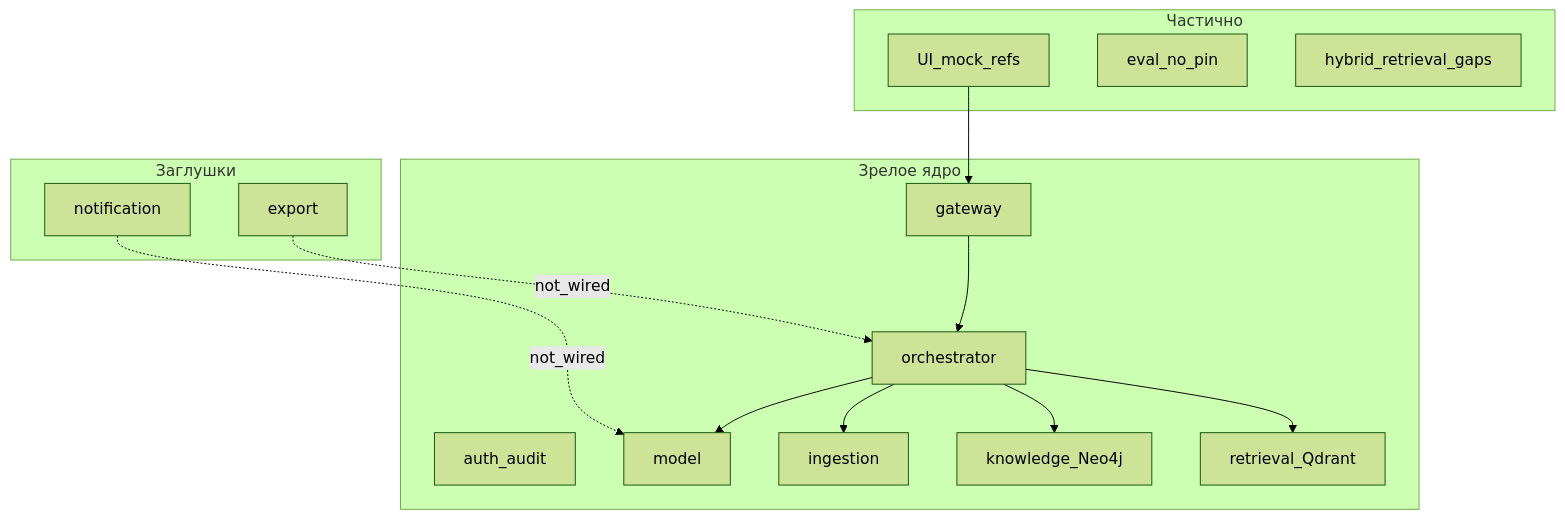
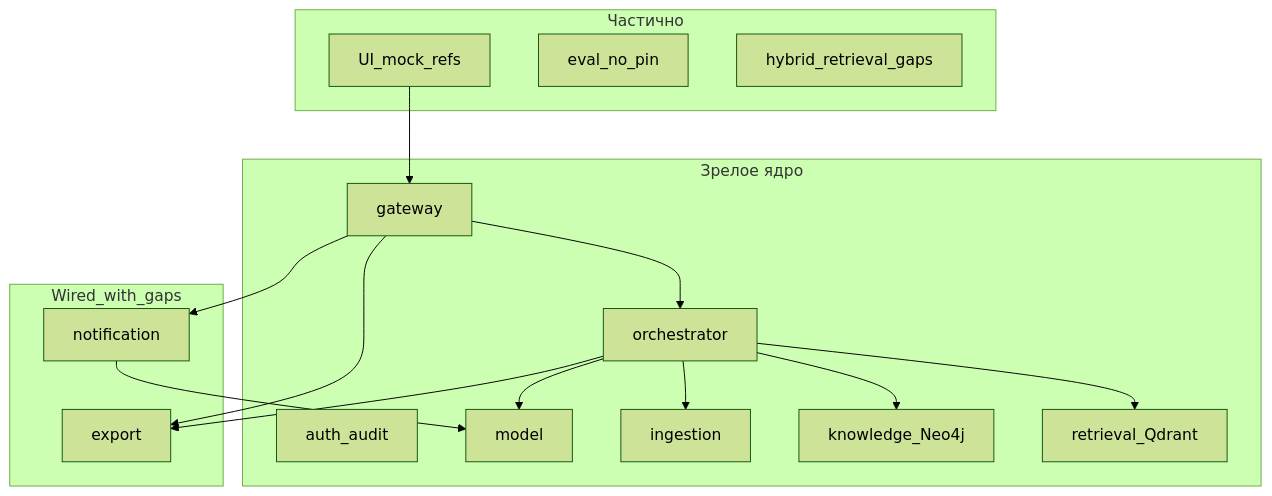
The second of 2 diagrams in docs/agent_context/implementation_quality_report.md (EstrNous/ScientificTangle), drawn with Mermaid (forest theme) before and after one commit. The commit also changed other lines of this file and 12 other files, not shown here.

````diff
--- a/docs/agent_context/implementation_quality_report.md
+++ b/docs/agent_context/implementation_quality_report.md
@@ -313,29 +315,31 @@
 ```mermaid
 flowchart TB
   subgraph mature [Зрелое ядро]
     Auth[auth_audit]
     Model[model]
     Orch[orchestrator]
     Ingest[ingestion]
     Know[knowledge_Neo4j]
     Retr[retrieval_Qdrant]
     GW[gateway]
   end
   subgraph partial [Частично]
     UI[UI_mock_refs]
     Eval[eval_no_pin]
     Hybrid[hybrid_retrieval_gaps]
   end
-  subgraph stubs [Заглушки]
+  subgraph wired_gaps [Wired_with_gaps]
     Export[export]
     Notif[notification]
   end
   UI --> GW
   GW --> Orch
   Orch --> Ingest
   Orch --> Know
   Orch --> Retr
   Orch --> Model
-  Export -.->|not_wired| Orch
-  Notif -.->|not_wired| Model
+  Orch --> Export
+  GW --> Export
+  GW --> Notif
+  Notif --> Model
 ```
````
